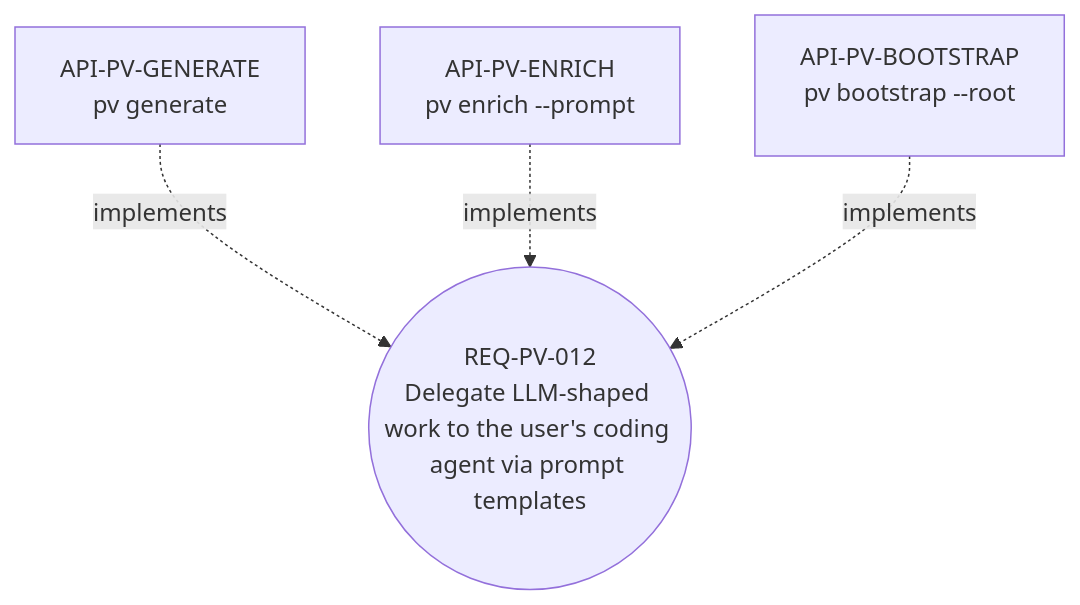
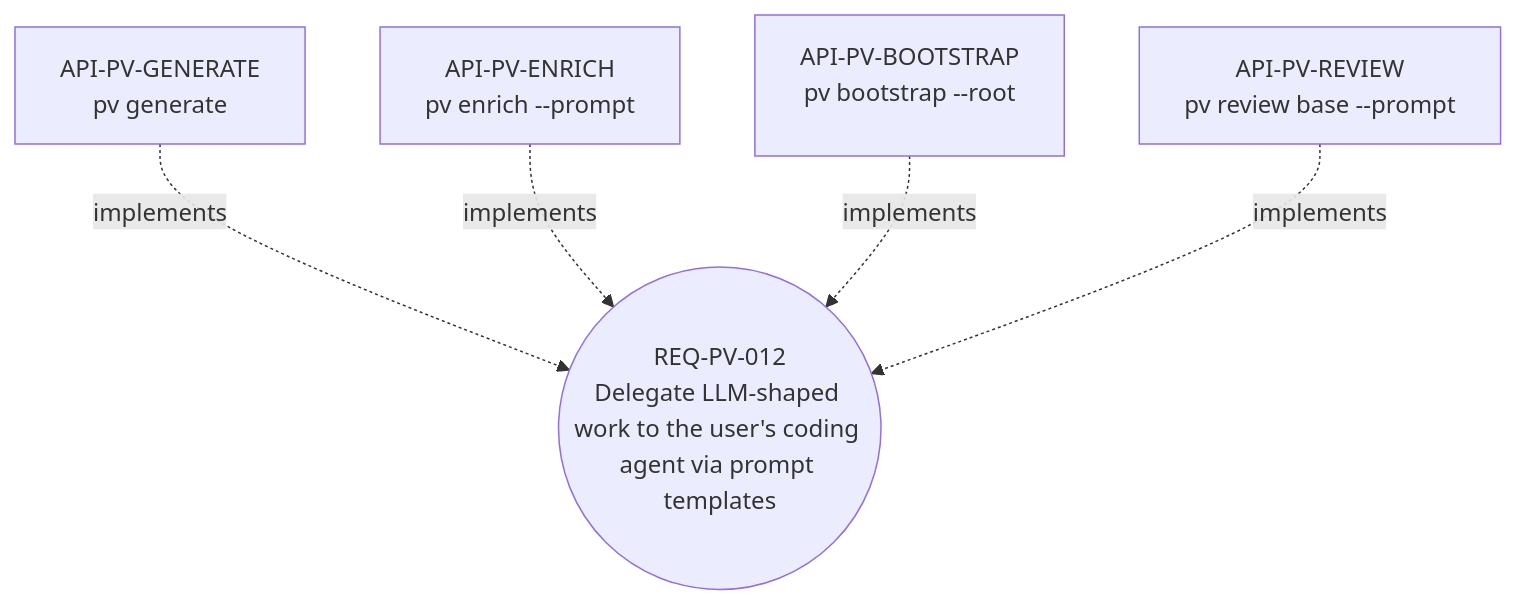
Before and after one commit to miles-hs-lee/PolarisVibeSpec: the third of 3 diagrams in docs/ARCHITECTURE.ko.md, drawn with Mermaid. The commit also changed 13 other files, not shown here.

First line of the commit message:
Phase 2 of pivot: pv review --prompt — semantic intent review

````diff
--- a/docs/ARCHITECTURE.ko.md
+++ b/docs/ARCHITECTURE.ko.md
@@ -81,11 +81,13 @@
 ```mermaid
 graph TD
   REQ-PV-012(("REQ-PV-012<br/>Delegate LLM-shaped work to the user's coding agent via prompt templates"))
   API-PV-GENERATE["API-PV-GENERATE<br/>pv generate <intent>"]
   API-PV-ENRICH["API-PV-ENRICH<br/>pv enrich <id> --prompt"]
   API-PV-BOOTSTRAP["API-PV-BOOTSTRAP<br/>pv bootstrap --root <dir>"]
+  API-PV-REVIEW["API-PV-REVIEW<br/>pv review base --prompt"]
 
   API-PV-GENERATE -.->|implements| REQ-PV-012
   API-PV-ENRICH -.->|implements| REQ-PV-012
   API-PV-BOOTSTRAP -.->|implements| REQ-PV-012
+  API-PV-REVIEW -.->|implements| REQ-PV-012
 ```
````
